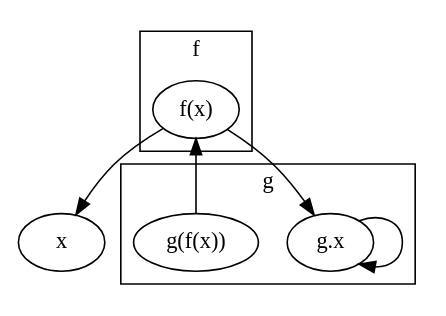
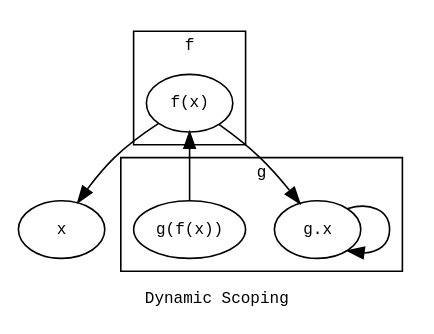
Before and after one commit to rflynn/assume: the diagram in doc/model/graph/scoping-dynamic.dot, drawn with Graphviz. The commit also changed 19 other files, not shown here.

Commit message:
edited model. cleaned up inline graphics. added some c99-specific content. trying to figure out how, given a language grammar, we can generate valid snippets of source.

```diff
--- a/doc/model/graph/scoping-dynamic.dot
+++ b/doc/model/graph/scoping-dynamic.dot
@@ -1,16 +1,19 @@
 
 digraph G {
+  label="Dynamic Scoping"
+  graph [fontname="Monospace",fontsize="10"]
+  node [fontname="Monospace",fontsize="10"]
   x
   subgraph cluster0 {
     label="f";
     "f(x)"
   }
   subgraph cluster1 {
     label="g";
     "g.x"
     "g(f(x))"
   }
   "g.x" -> "g.x"
   "g(f(x))" -> "f(x)" -> "g.x"
   "f(x)" -> x
 }
```
